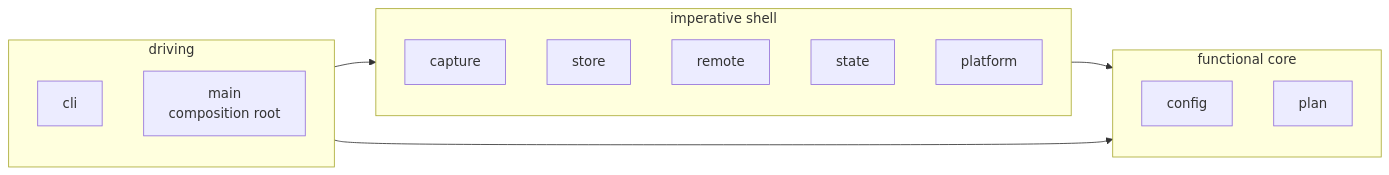
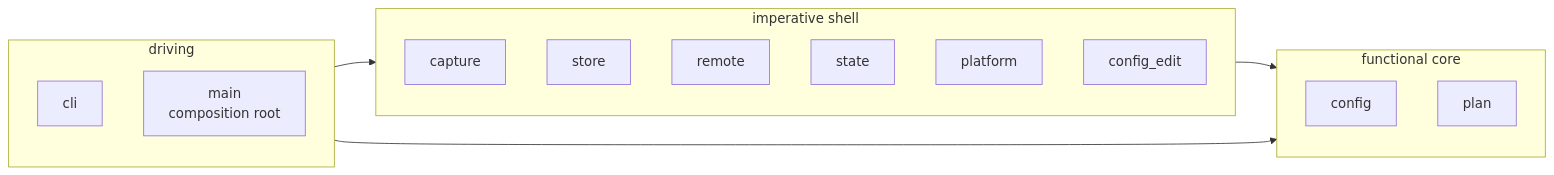
One commit to CoreEngineX/tycho changed the second of 2 diagrams in docs/architecture/overview.md. Above: the diagram before and after it, drawn with Mermaid. The commit also changed other lines of this file and 1 other file, not shown here.

````diff
--- a/docs/architecture/overview.md
+++ b/docs/architecture/overview.md
@@ -83,24 +97,25 @@
 ```mermaid
 flowchart LR
   subgraph DRIVE["driving"]
     direction TB
     CLI["cli"]
     MAIN["main<br/>composition root"]
   end
   subgraph SHELL["imperative shell"]
     direction TB
     CAP2["capture"]
     ST2["store"]
     REM2["remote"]
     STATE["state"]
     PLAT["platform"]
+    CE["config_edit"]
   end
   subgraph CORE["functional core"]
     direction TB
     CFG2["config"]
     PLAN2["plan"]
   end
   DRIVE --> SHELL
   SHELL --> CORE
   DRIVE --> CORE
 ```
````
